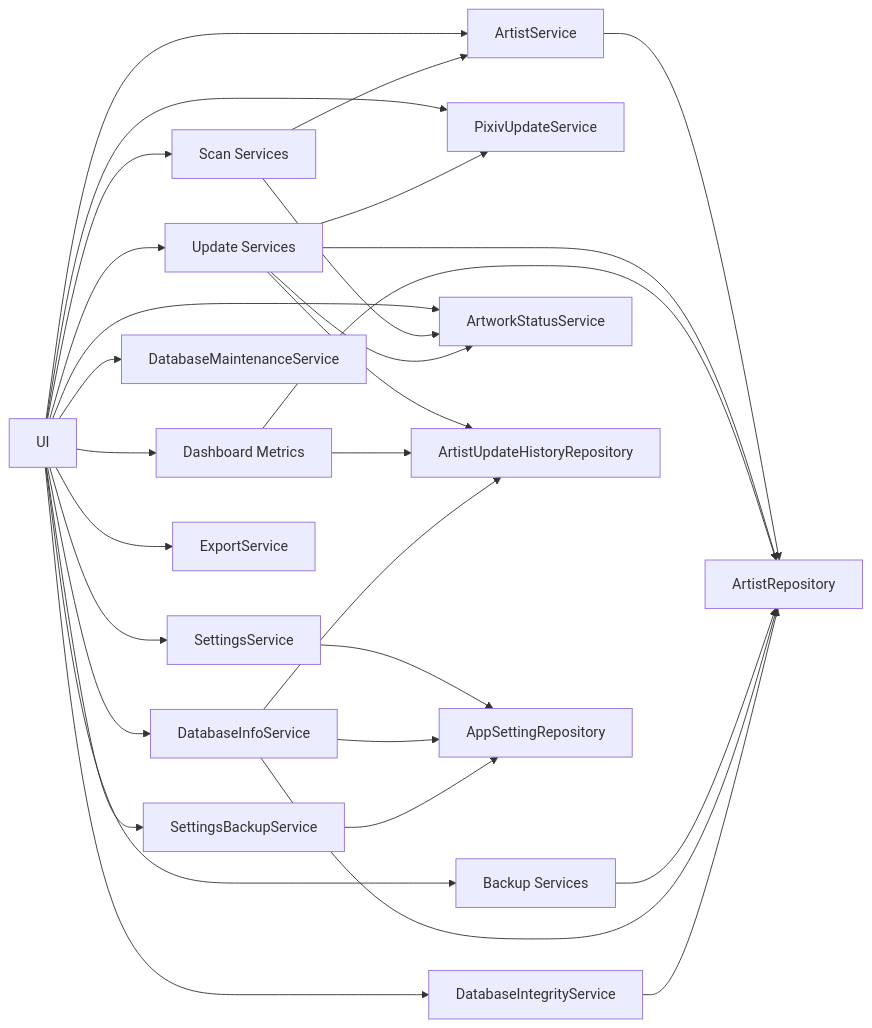
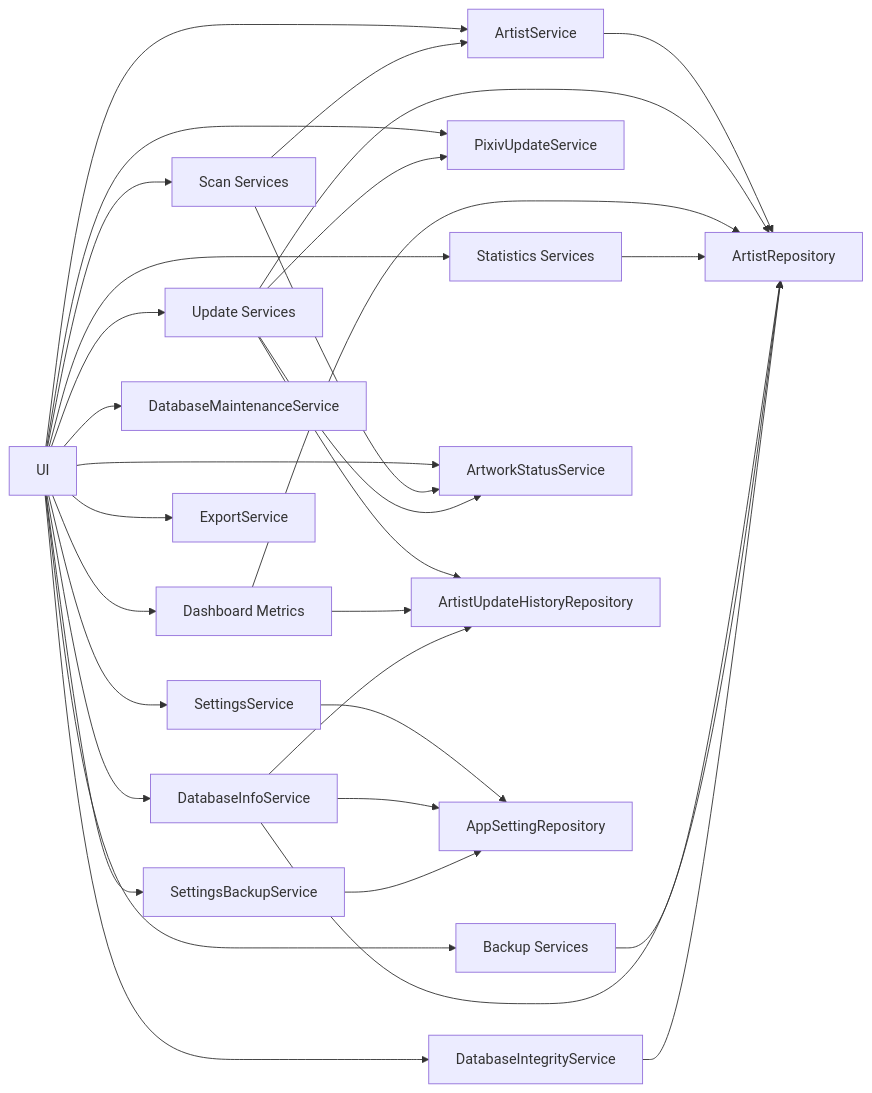
One commit to PKT0623/PixivLocalManager changed the diagram in docs/08_SERVICES.md. Above: the diagram before and after it, drawn with Mermaid. The commit also changed other lines of this file and 9 other files, not shown here.

````diff
--- a/docs/08_SERVICES.md
+++ b/docs/08_SERVICES.md
@@ -73,47 +85,51 @@
 ```mermaid
 flowchart LR
 
 UI[UI]
 
 UI --> ARTIST[ArtistService]
 UI --> SCAN[Scan Services]
 UI --> UPDATE[Update Services]
 UI --> DASHBOARD[Dashboard Metrics]
+UI --> STATISTICS[Statistics Services]
+
 UI --> PIXIV[PixivUpdateService]
 
 UI --> BACKUP[Backup Services]
 UI --> SETTINGS[SettingsService]
 
 UI --> DBINFO[DatabaseInfoService]
 UI --> DBCHECK[DatabaseIntegrityService]
 UI --> DBMAINT[DatabaseMaintenanceService]
 UI --> SETTINGBACKUP[SettingsBackupService]
 
 UI --> STATUS[ArtworkStatusService]
 UI --> EXPORT[ExportService]
 
 ARTIST --> ARTIST_REPO[ArtistRepository]
 
 SCAN --> ARTIST
 SCAN --> STATUS
 
 UPDATE --> ARTIST_REPO
 UPDATE --> HISTORY_REPO[ArtistUpdateHistoryRepository]
 UPDATE --> STATUS
 UPDATE --> PIXIV
 
 DASHBOARD --> ARTIST_REPO
 DASHBOARD --> HISTORY_REPO
 
+STATISTICS --> ARTIST_REPO
+
 BACKUP --> ARTIST_REPO
 
 SETTINGS --> SETTING_REPO[AppSettingRepository]
 
 DBINFO --> ARTIST_REPO
 DBINFO --> HISTORY_REPO
 DBINFO --> SETTING_REPO
 
 DBCHECK --> ARTIST_REPO
 
 SETTINGBACKUP --> SETTING_REPO
 ```
````
